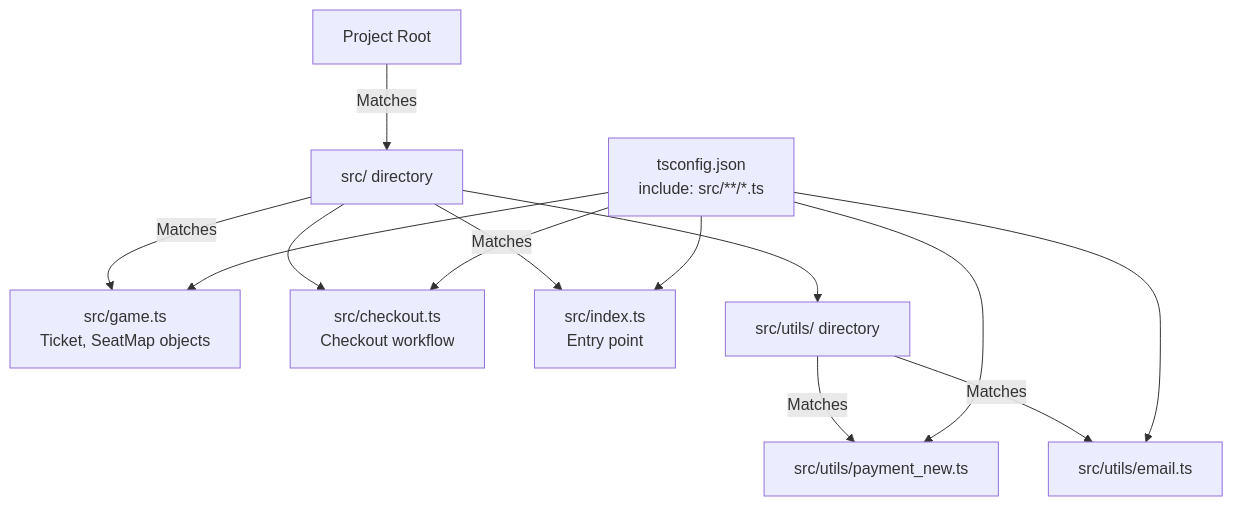
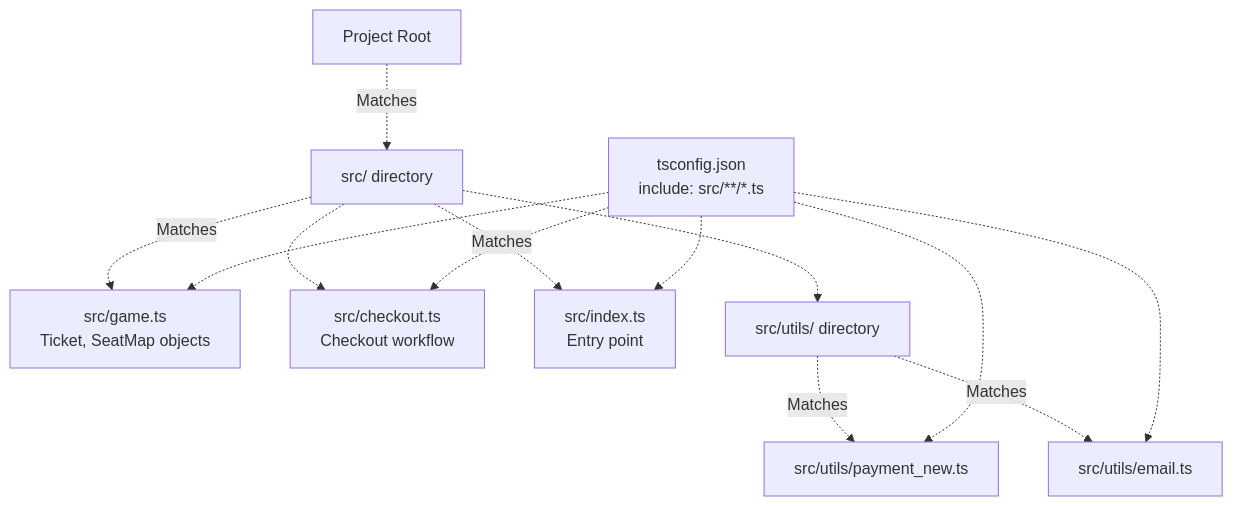
Before and after one commit to philipz/restate-cloudflare-workers-poc: the third of 3 diagrams in docs/deepwiki/TypeScript-Configuration.md, drawn with Mermaid. The commit also changed other lines of this file and 27 other files, not shown here.

````diff
--- a/docs/deepwiki/TypeScript-Configuration.md
+++ b/docs/deepwiki/TypeScript-Configuration.md
@@ -285,26 +285,26 @@
 ```mermaid
 flowchart TD
 
 Root["Project Root"]
 Src["src/ directory"]
 GameTS["src/game.ts<br>Ticket, SeatMap objects"]
 CheckoutTS["src/checkout.ts<br>Checkout workflow"]
 IndexTS["src/index.ts<br>Entry point"]
 UtilsDir["src/utils/ directory"]
 PaymentTS["src/utils/payment_new.ts"]
 EmailTS["src/utils/email.ts"]
 TSConfig["tsconfig.json<br>include: src/**/*.ts"]
 
-Root -->|"Matches"| Src
-Src -->|"Matches"| GameTS
-Src --> CheckoutTS
-Src -->|"Matches"| IndexTS
-Src --> UtilsDir
-UtilsDir -->|"Matches"| PaymentTS
-UtilsDir -->|"Matches"| EmailTS
-TSConfig --> GameTS
-TSConfig --> CheckoutTS
-TSConfig --> IndexTS
-TSConfig --> PaymentTS
-TSConfig --> EmailTS
+Root -.->|"Matches"| Src
+Src -.->|"Matches"| GameTS
+Src -.-> CheckoutTS
+Src -.->|"Matches"| IndexTS
+Src -.-> UtilsDir
+UtilsDir -.->|"Matches"| PaymentTS
+UtilsDir -.->|"Matches"| EmailTS
+TSConfig -.-> GameTS
+TSConfig -.-> CheckoutTS
+TSConfig -.-> IndexTS
+TSConfig -.-> PaymentTS
+TSConfig -.-> EmailTS
 ```
````
